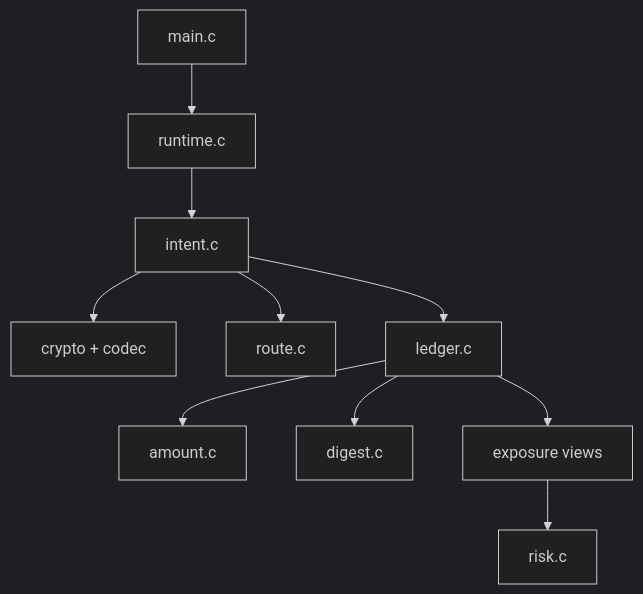
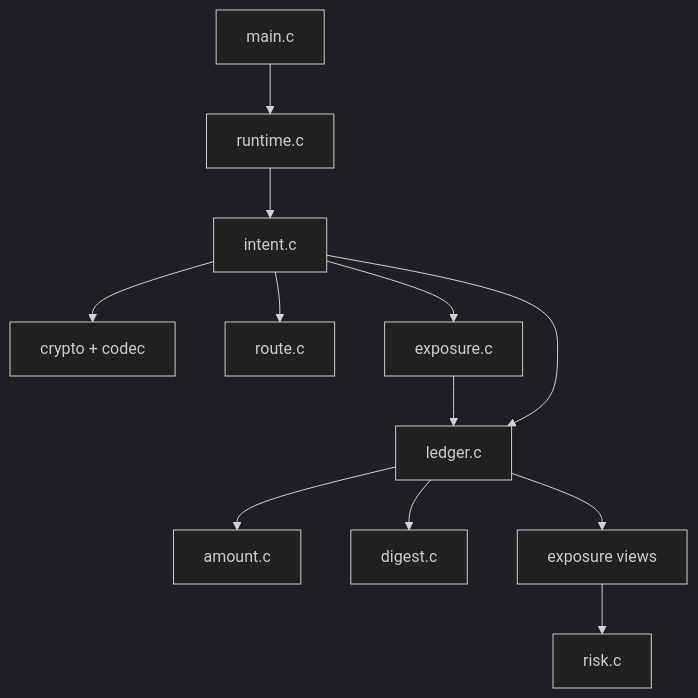
Before and after one commit to SolguardLabs/MeridianDTL: the first of 2 diagrams in docs/arquitectura.md, drawn with Mermaid (dark theme). The commit also changed 20 other files, not shown here.

````diff
--- a/docs/arquitectura.md
+++ b/docs/arquitectura.md
@@ -5,12 +5,14 @@
 ```mermaid
 flowchart TB
     Main[main.c] --> Runtime[runtime.c]
     Runtime --> Intent[intent.c]
     Intent --> Crypto[crypto + codec]
     Intent --> Route[route.c]
+    Intent --> Exposure[exposure.c]
+    Exposure --> Ledger
     Intent --> Ledger[ledger.c]
     Ledger --> Amount[amount.c]
     Ledger --> Digest[digest.c]
     Ledger --> RiskView[exposure views]
     RiskView --> Risk[risk.c]
 ```
````
